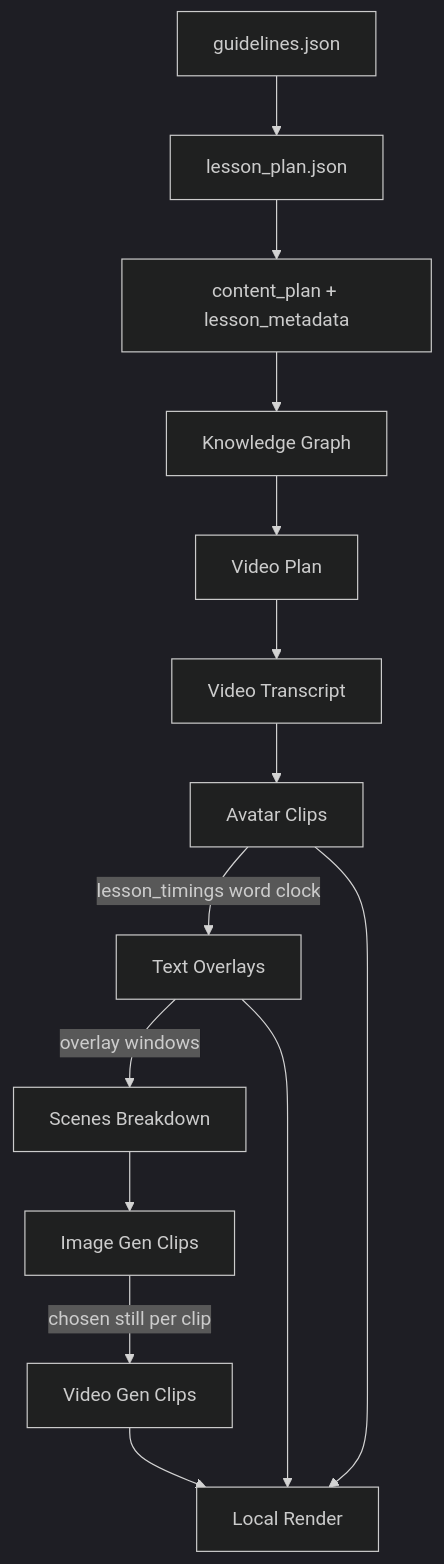
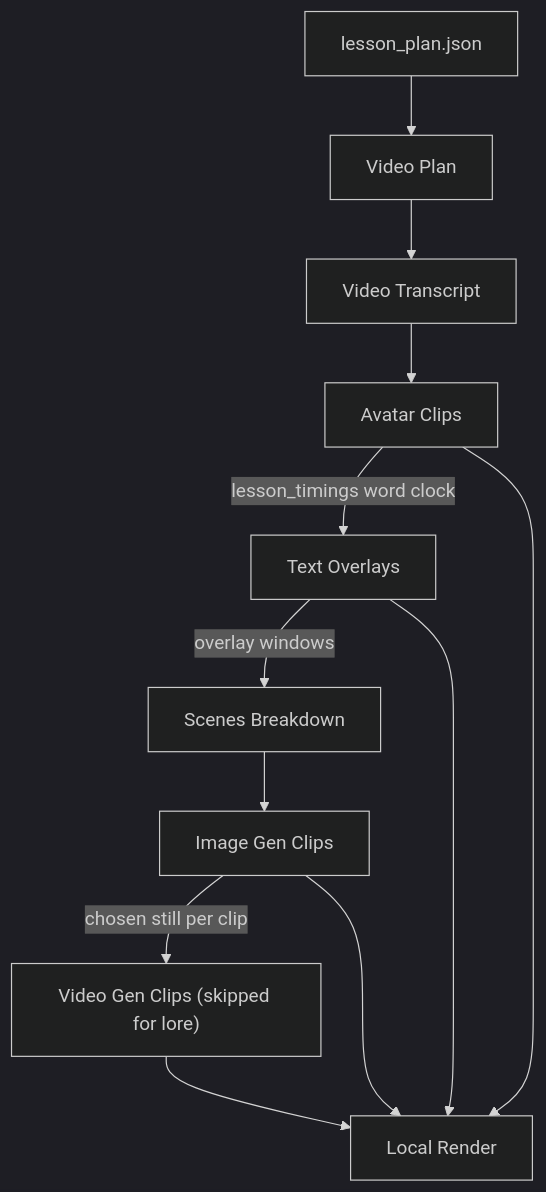
Before and after one commit to BekhruzT/Stele: the diagram in generation/docs/architecture/00-overview.md, drawn with Mermaid (dark theme). The commit also changed other lines of this file and 18 other files, not shown here.

````diff
--- a/generation/docs/architecture/00-overview.md
+++ b/generation/docs/architecture/00-overview.md
@@ -50,16 +48,14 @@
 ```mermaid
 flowchart TD
-  G["guidelines.json"] --> LP["lesson_plan.json"]
-  LP --> CP["content_plan + lesson_metadata"]
-  CP --> KG["Knowledge Graph"]
-  KG --> VP["Video Plan"]
+  LP["lesson_plan.json"] --> VP["Video Plan"]
   VP --> TR["Video Transcript"]
   TR --> AV["Avatar Clips"]
   AV -->|"lesson_timings word clock"| TO["Text Overlays"]
   TO -->|"overlay windows"| SB["Scenes Breakdown"]
   SB --> IM["Image Gen Clips"]
-  IM -->|"chosen still per clip"| VG["Video Gen Clips"]
-  VG --> SS["Local Render"]
+  IM -->|"chosen still per clip"| VG["Video Gen Clips (skipped for lore)"]
+  IM --> SS["Local Render"]
+  VG --> SS
   AV --> SS
   TO --> SS
 ```
````
